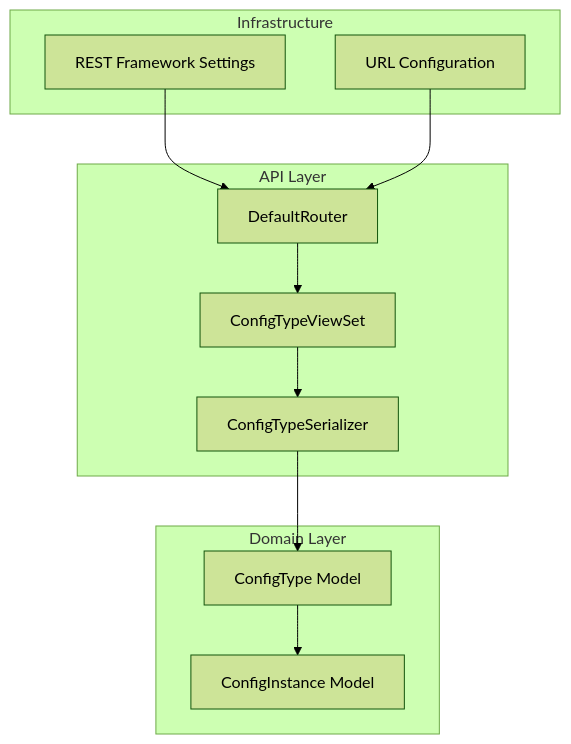
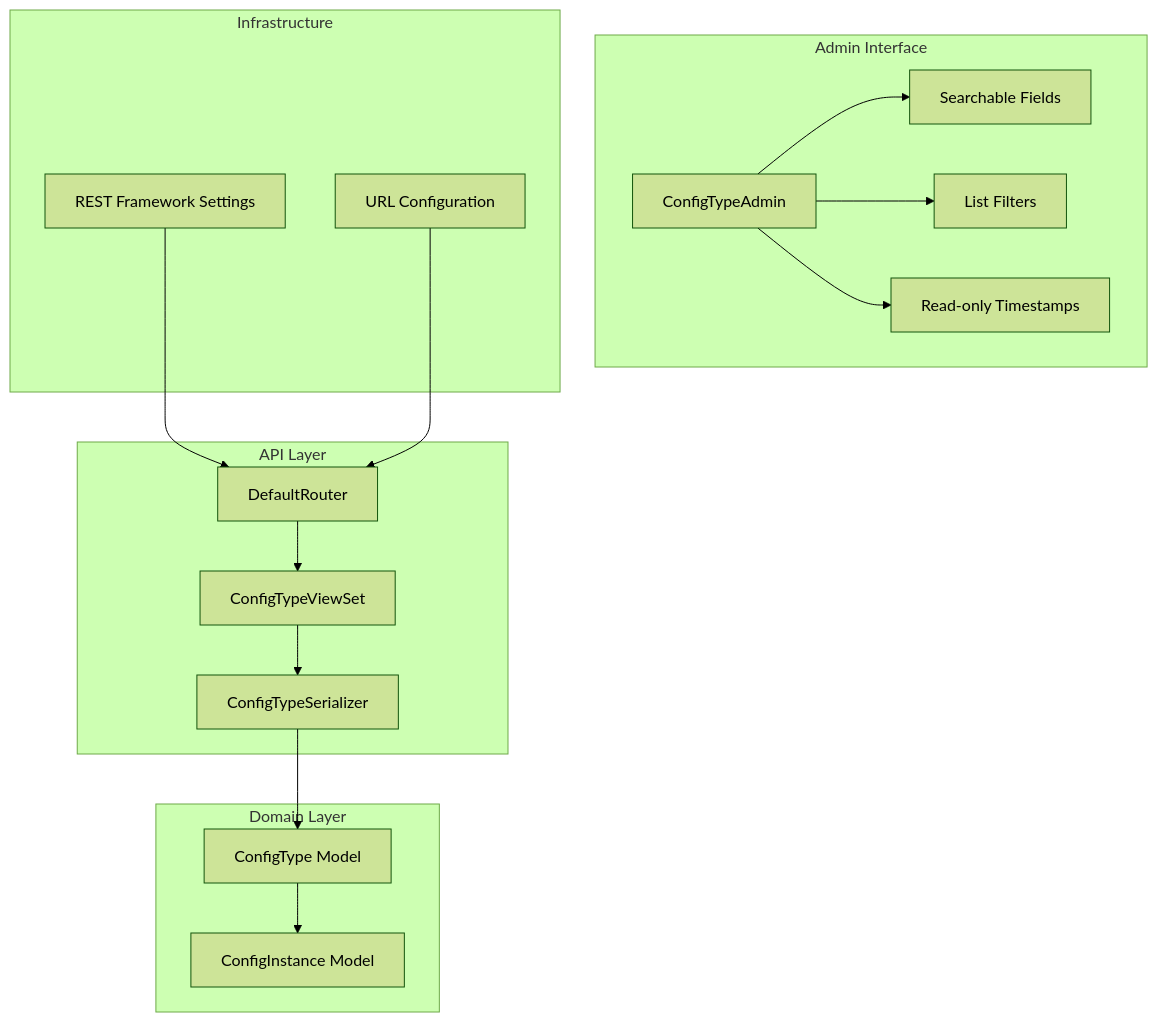
One commit to fengyong/ai-ops changed the first of 4 diagrams in .qoder/repowiki/en/content/Backend API Documentation/Configuration Type Management API.md. Above: the diagram before and after it, drawn with Mermaid (forest theme). The commit also changed other lines of this file and 7 other files, not shown here.

````diff
--- a/.qoder/repowiki/en/content/Backend API Documentation/Configuration Type Management API.md
+++ b/.qoder/repowiki/en/content/Backend API Documentation/Configuration Type Management API.md
@@ -31,22 +40,31 @@
 ```mermaid
 graph TB
 subgraph "API Layer"
 Router[DefaultRouter]
 Views[ConfigTypeViewSet]
 Serializers[ConfigTypeSerializer]
+end
+subgraph "Admin Interface"
+Admin[ConfigTypeAdmin]
+SearchFields[Searchable Fields]
+ListFilter[List Filters]
+ReadOnlyFields[Read-only Timestamps]
 end
 subgraph "Domain Layer"
 Models[ConfigType Model]
 InstanceModel[ConfigInstance Model]
 end
 subgraph "Infrastructure"
 Settings[REST Framework Settings]
 URLConf[URL Configuration]
 end
 Router --> Views
 Views --> Serializers
 Serializers --> Models
 Models --> InstanceModel
+Admin --> SearchFields
+Admin --> ListFilter
+Admin --> ReadOnlyFields
 Settings --> Router
 URLConf --> Router
 ```
````
